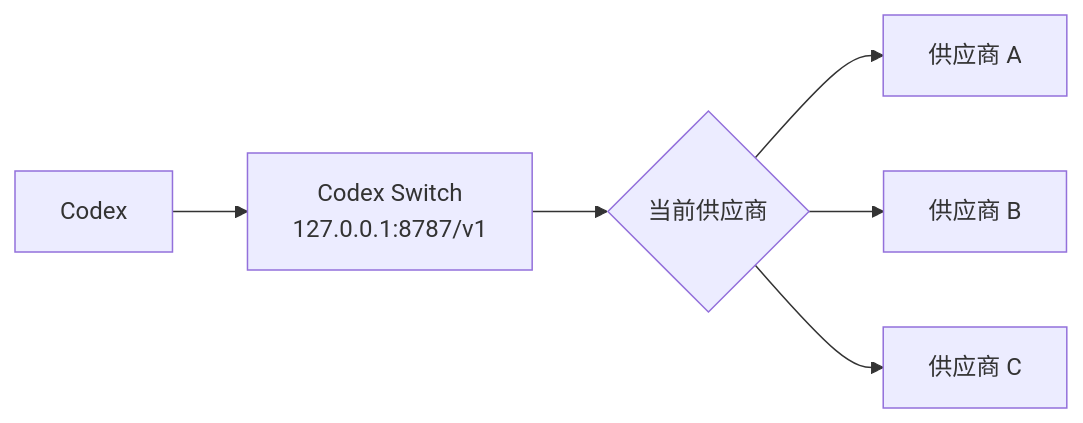
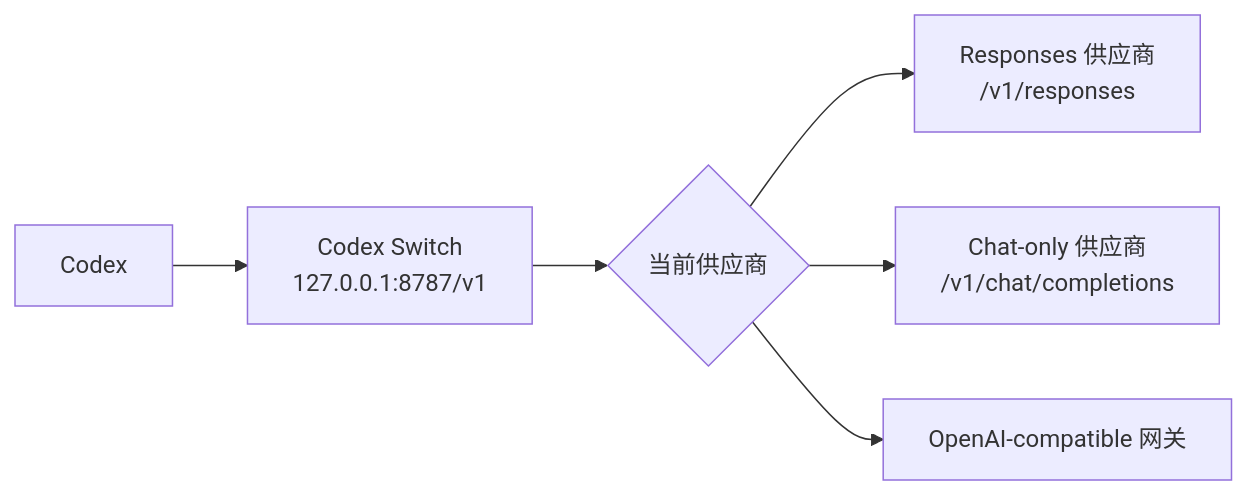
One commit to chenziwenhaoshuai/Codex-switch changed the diagram in README_ZH.md. Above: the diagram before and after it, drawn with Mermaid. The commit also changed other lines of this file and 1 other file, not shown here.

````diff
--- a/README_ZH.md
+++ b/README_ZH.md
@@ -56,8 +57,8 @@
 ```mermaid
 flowchart LR
     A["Codex"] --> B["Codex Switch<br/>127.0.0.1:8787/v1"]
     B --> C{"当前供应商"}
-    C --> D["供应商 A"]
-    C --> E["供应商 B"]
-    C --> F["供应商 C"]
+    C --> D["Responses 供应商<br/>/v1/responses"]
+    C --> E["Chat-only 供应商<br/>/v1/chat/completions"]
+    C --> F["OpenAI-compatible 网关"]
 ```
````
